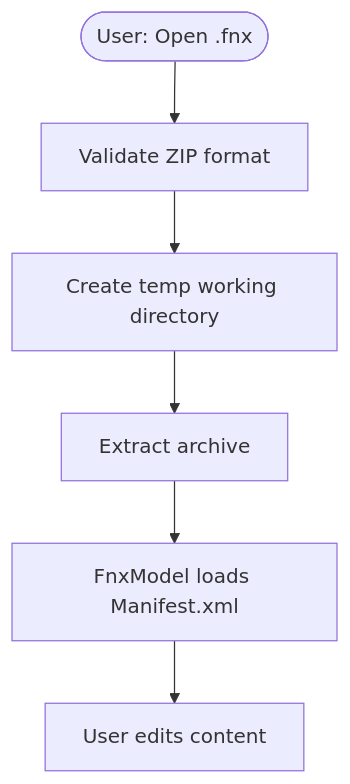
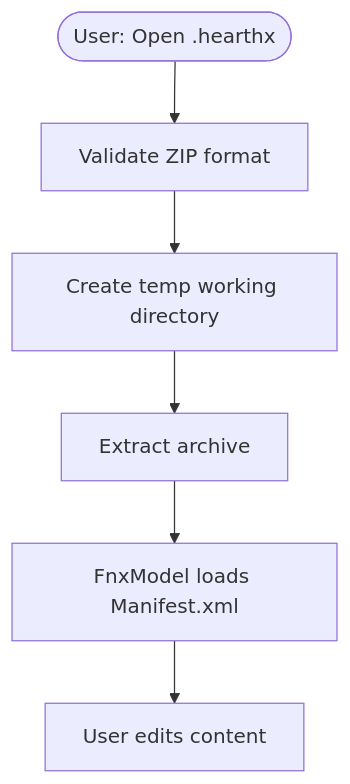
One commit to fairybow/Fernanda changed the second of 3 diagrams in Hearth/docs/Notebooks.md. Above: the diagram before and after it, drawn with Mermaid. The commit also changed other lines of this file and 17 other files, not shown here.

````diff
--- a/Hearth/docs/Notebooks.md
+++ b/Hearth/docs/Notebooks.md
@@ -345,8 +345,8 @@
 ```mermaid
 flowchart TD
-    Start([User: Open .fnx]) --> Validate[Validate ZIP format]
+    Start([User: Open .hearthx]) --> Validate[Validate ZIP format]
     Validate --> CreateTemp[Create temp working directory]
     CreateTemp --> Extract[Extract archive]
     Extract --> LoadModel[FnxModel loads Manifest.xml]
     LoadModel --> Work[User edits content]
 ```
````
